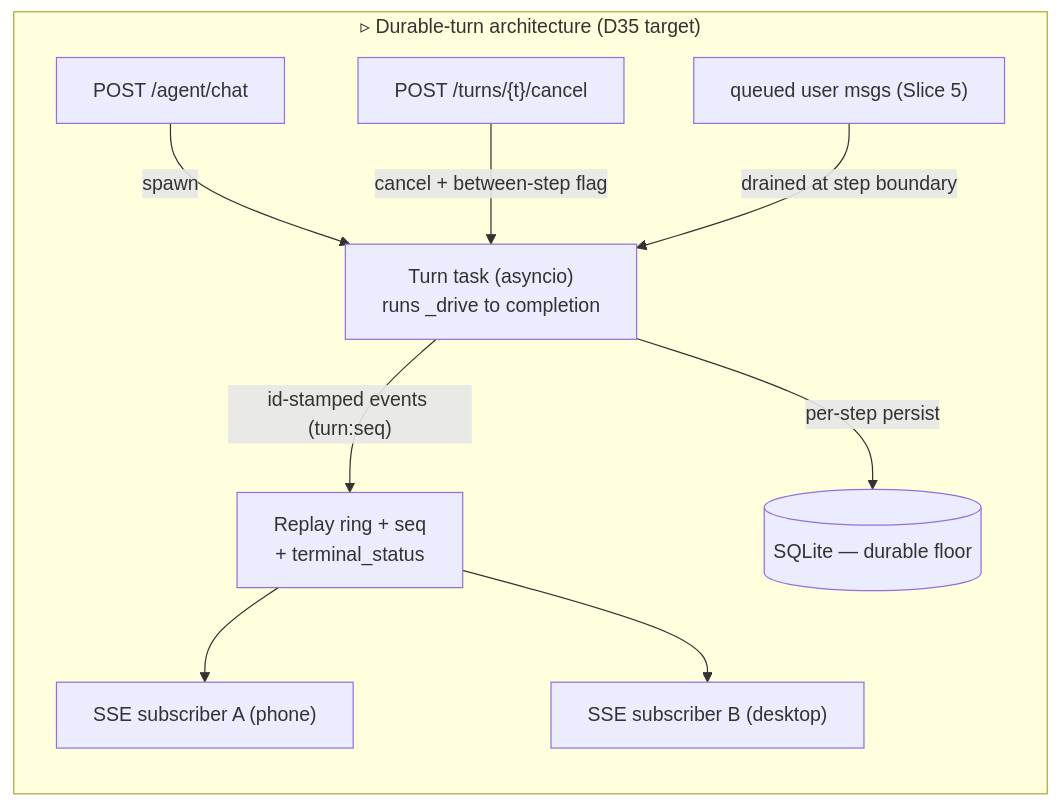
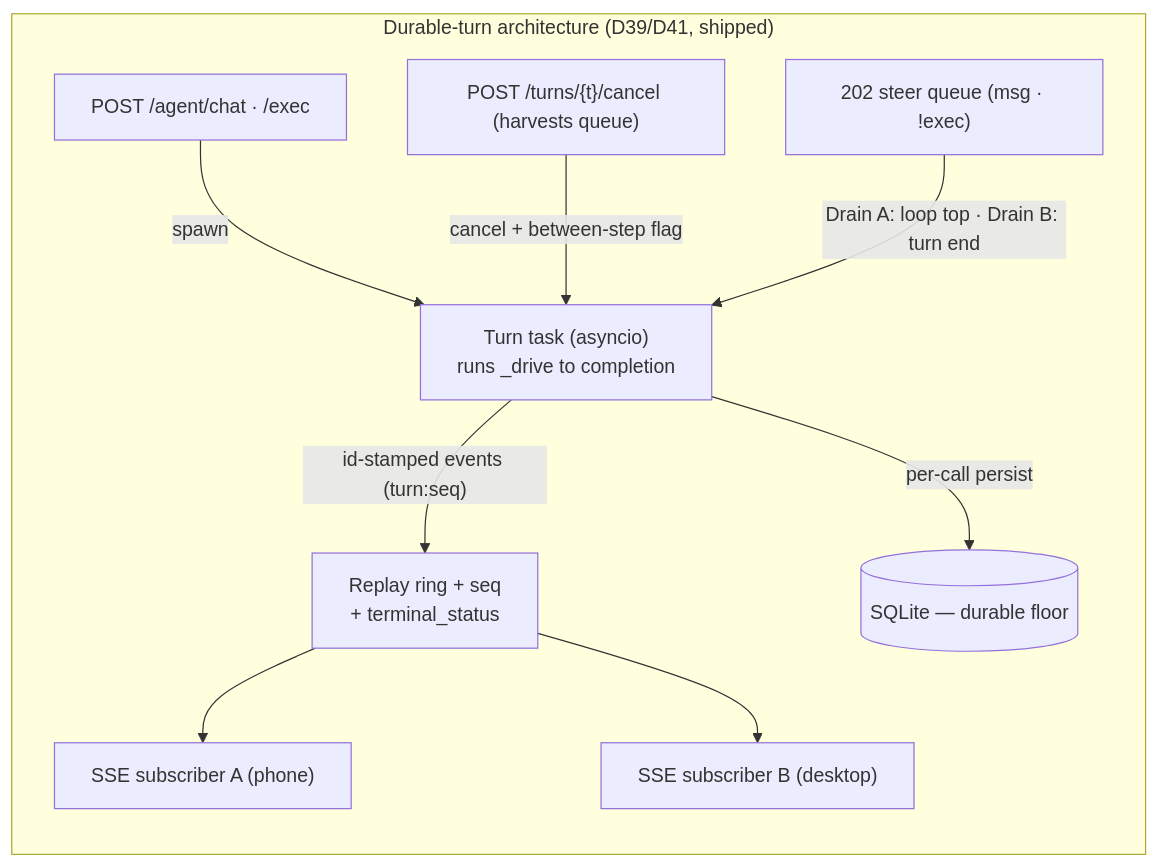
One commit to nengoxx/ctrl-b changed the sixth of 11 diagrams in docs/SPEC.md. Above: the diagram before and after it, drawn with Mermaid. The commit also changed other lines of this file and 3 other files, not shown here.

````diff
--- a/docs/SPEC.md
+++ b/docs/SPEC.md
@@ -270,12 +273,12 @@
 ```mermaid
 flowchart LR
-    subgraph target["▹ Durable-turn architecture (D35 target)"]
-        chat["POST /agent/chat"] -->|spawn| task["Turn task (asyncio)\nruns _drive to completion"]
+    subgraph target["Durable-turn architecture (D39/D41, shipped)"]
+        chat["POST /agent/chat · /exec"] -->|spawn| task["Turn task (asyncio)\nruns _drive to completion"]
         task -->|"id-stamped events (turn:seq)"| ring["Replay ring + seq\n+ terminal_status"]
         ring --> sub1["SSE subscriber A (phone)"]
         ring --> sub2["SSE subscriber B (desktop)"]
-        stop["POST /turns/{t}/cancel"] -->|"cancel + between-step flag"| task
-        steer["queued user msgs (Slice 5)"] -->|"drained at step boundary"| task
-        task -->|per-step persist| db[("SQLite — durable floor")]
+        stop["POST /turns/{t}/cancel (harvests queue)"] -->|"cancel + between-step flag"| task
+        steer["202 steer queue (msg · !exec)"] -->|"Drain A: loop top · Drain B: turn end"| task
+        task -->|per-call persist| db[("SQLite — durable floor")]
     end
 ```
````
